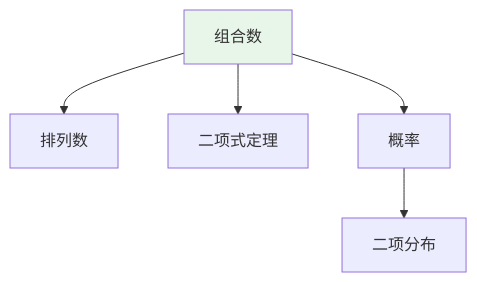
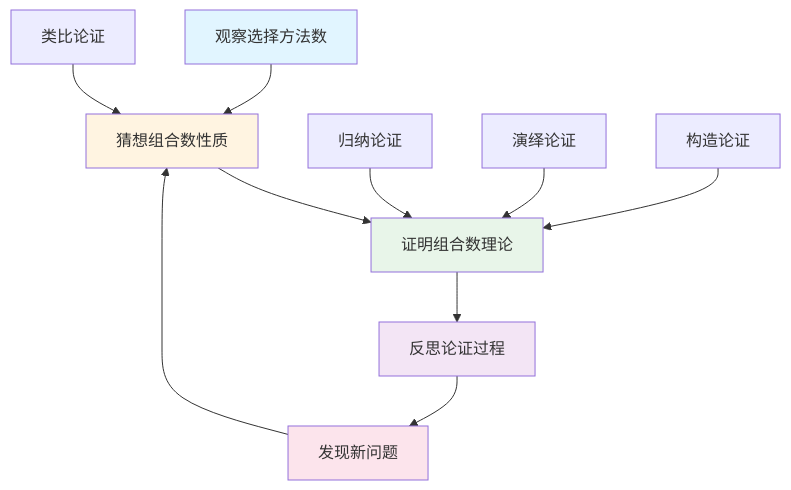
The fifth of 10 diagrams in concept/核心概念/30-组合数.md (AdaMartin18010/FormalMath), drawn with Mermaid before and after one commit. The commit also changed other lines of this file and 4793 other files, not shown here.

````diff
--- a/concept/核心概念/30-组合数.md
+++ b/concept/核心概念/30-组合数.md
@@ -706,9 +1452,19 @@
 ```mermaid
 graph TD
-    A[组合数] --> B[排列数]
-    A --> C[二项式定理]
-    A --> D[概率]
-    D --> E[二项分布]
+    A[观察选择方法数] --> B[猜想组合数性质]
+    B --> C[证明组合数理论]
+    C --> D[反思论证过程]
+    D --> E[发现新问题]
+    E --> B
 
-    style A fill:#e8f5e9
+    F[归纳论证] --> C
+    G[演绎论证] --> C
+    H[类比论证] --> B
+    I[构造论证] --> C
+
+    style A fill:#e1f5ff
+    style B fill:#fff4e1
+    style C fill:#e8f5e9
+    style D fill:#f3e5f5
+    style E fill:#fce4ec
 ```
````
